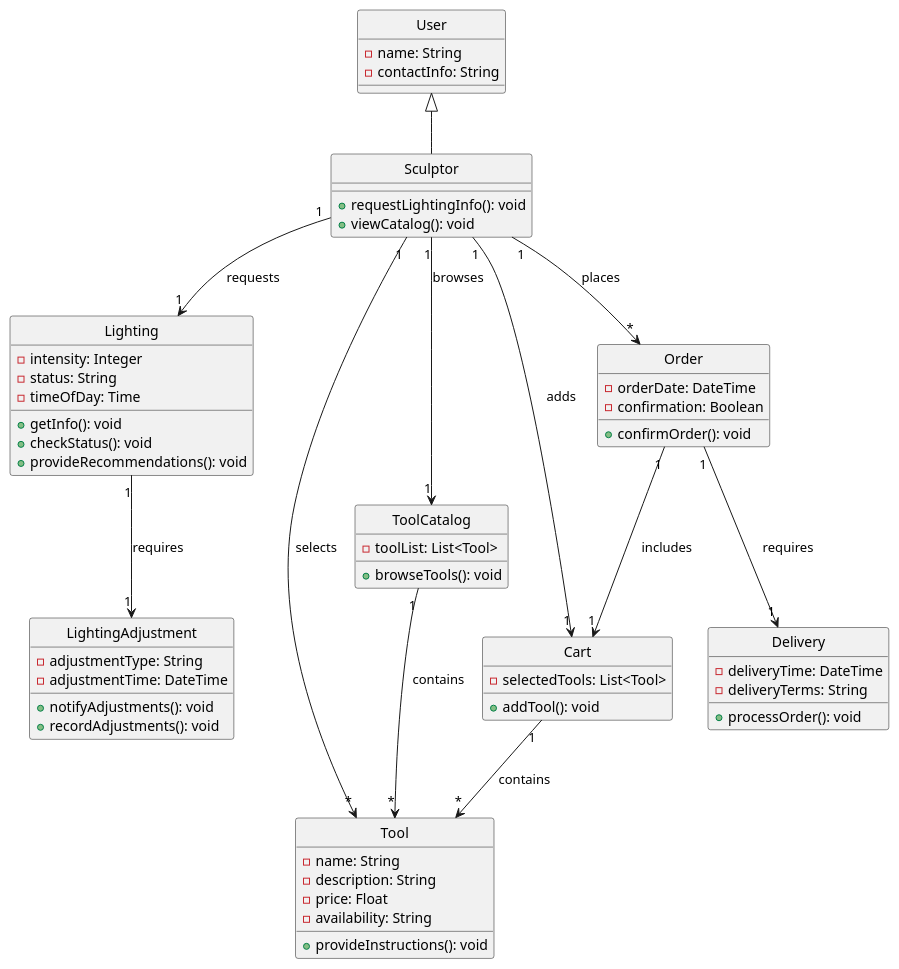
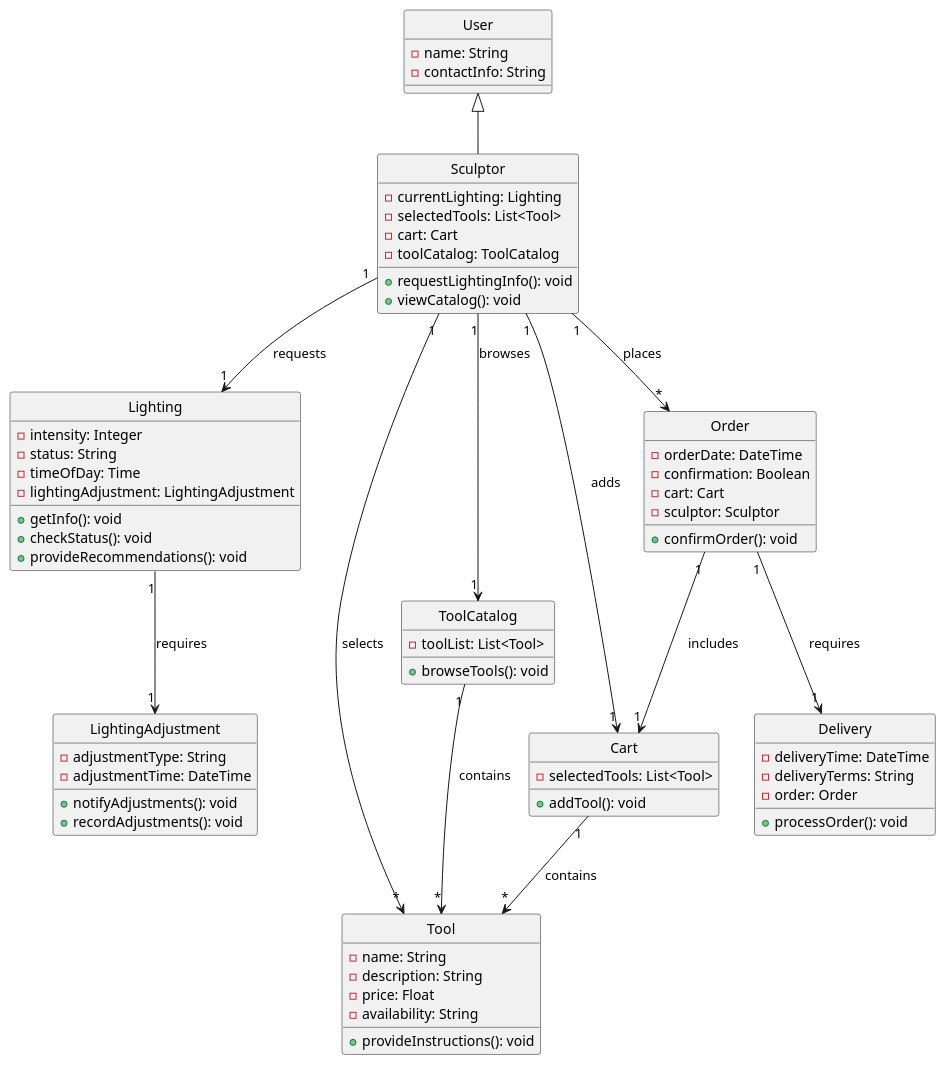
One commit to oleksandrblazhko/ai225-avramova changed the diagram in SoftWareProductDevelopment/2-SoftwareDesign/2.6-UMLProgramClasses/UMLProgramClasses.puml. Above: the diagram before and after it, drawn with PlantUML.

```diff
--- a/SoftWareProductDevelopment/2-SoftwareDesign/2.6-UMLProgramClasses/UMLProgramClasses.puml
+++ b/SoftWareProductDevelopment/2-SoftwareDesign/2.6-UMLProgramClasses/UMLProgramClasses.puml
@@ -1,72 +1,80 @@
 @startuml
 hide circle
 
 class User {
     -name: String
     -contactInfo: String
 }
 
 class Sculptor {
     +requestLightingInfo(): void
     +viewCatalog(): void
+    -currentLighting: Lighting
+    -selectedTools: List<Tool>
+    -cart: Cart
+    -toolCatalog: ToolCatalog
 }
 
 class Lighting {
     -intensity: Integer
     -status: String
     -timeOfDay: Time
+    -lightingAdjustment: LightingAdjustment
     +getInfo(): void
     +checkStatus(): void
     +provideRecommendations(): void
 }
 
 class LightingAdjustment {
     -adjustmentType: String
     -adjustmentTime: DateTime
     +notifyAdjustments(): void
     +recordAdjustments(): void
 }
 
 class Tool {
     -name: String
     -description: String
     -price: Float
     -availability: String
     +provideInstructions(): void
 }
 
 class ToolCatalog {
     -toolList: List<Tool>
     +browseTools(): void
 }
 
 class Cart {
     -selectedTools: List<Tool>
     +addTool(): void
 }
 
 class Order {
     -orderDate: DateTime
     -confirmation: Boolean
+    -cart: Cart
+    -sculptor: Sculptor
     +confirmOrder(): void
 }
 
 class Delivery {
     -deliveryTime: DateTime
     -deliveryTerms: String
+    -order: Order
     +processOrder(): void
 }
 
 User <|-- Sculptor
 Sculptor "1" --> "1" Lighting : requests
 Lighting "1" --> "1" LightingAdjustment : requires
 Sculptor "1" --> "1" ToolCatalog : browses
 Sculptor "1" --> "*" Tool : selects
 Sculptor "1" --> "1" Cart : adds
 Cart "1" --> "*" Tool : contains
 Order "1" --> "1" Cart : includes
 Order "1" --> "1" Delivery : requires
 Sculptor "1" --> "*" Order : places
 ToolCatalog "1" --> "*" Tool : contains
 
 @enduml
```
